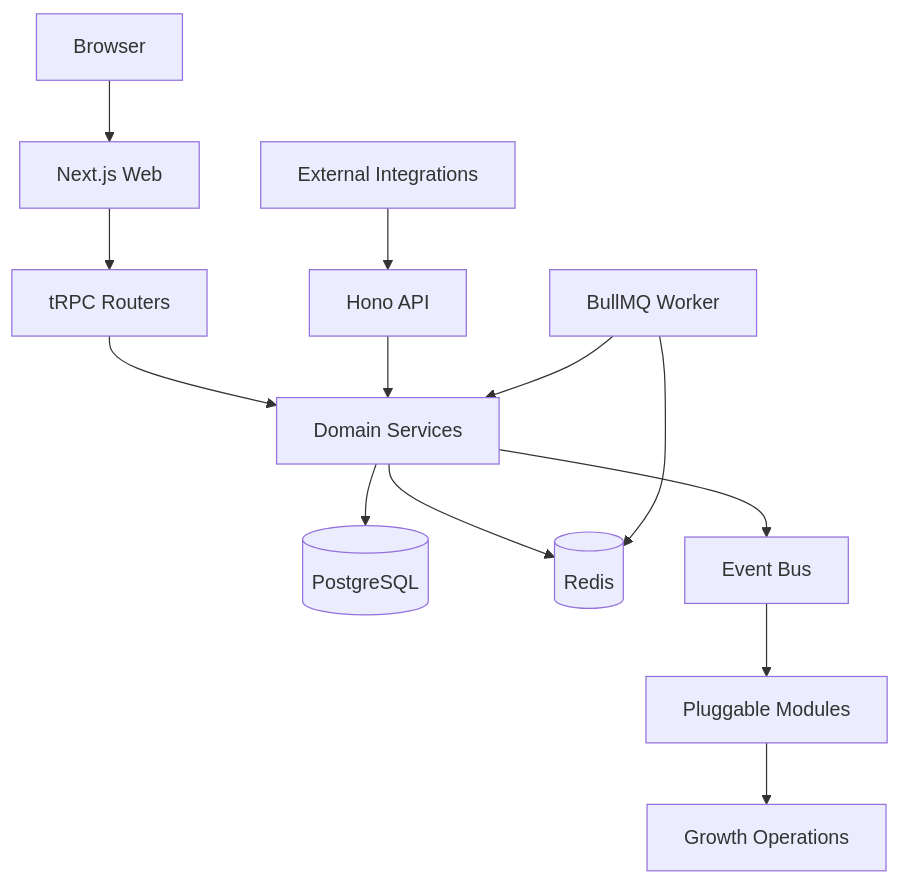
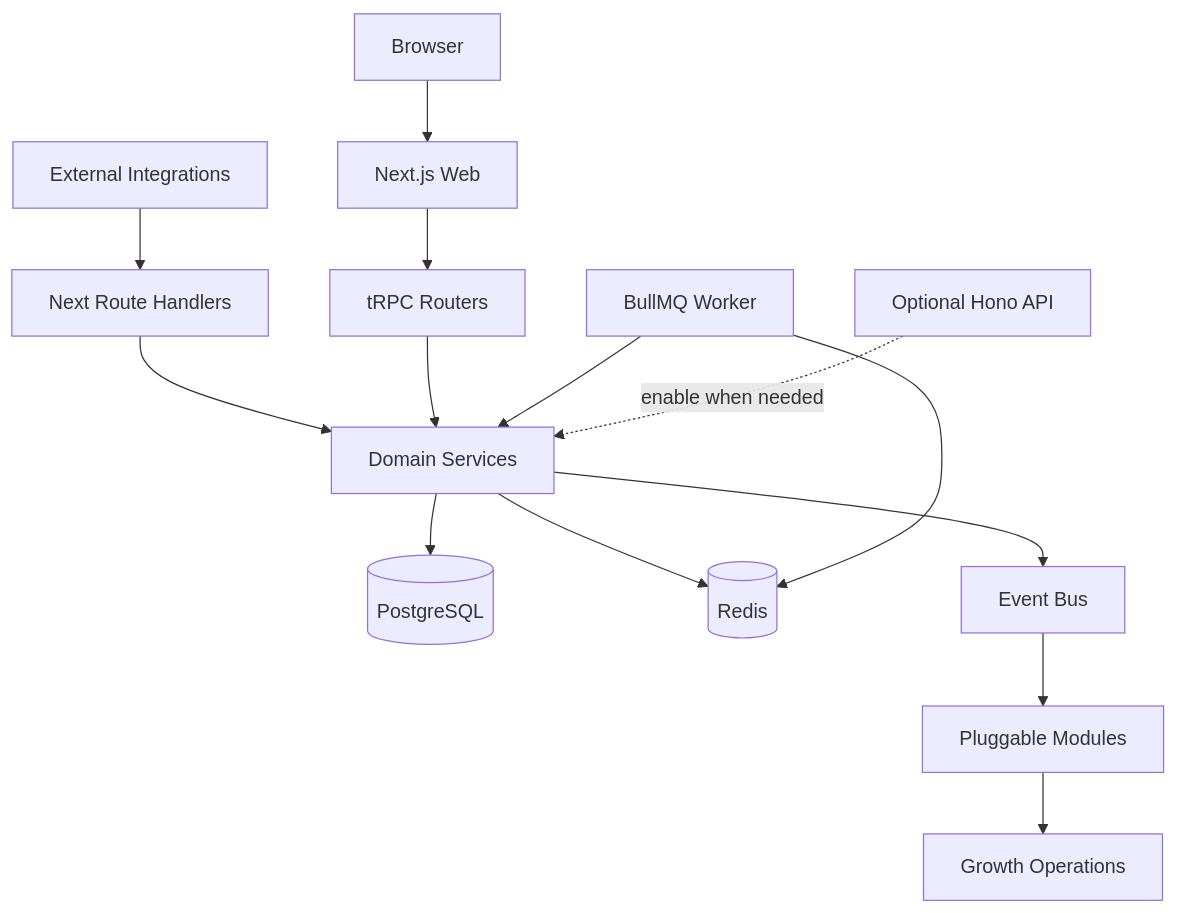
One commit to techfundoffice/velobase-harness changed the first of 2 diagrams in README.md. Above: the diagram before and after it, drawn with Mermaid. The commit also changed other lines of this file and 33 other files, not shown here.

````diff
--- a/README.md
+++ b/README.md
@@ -115,15 +116,16 @@
 ```mermaid
 flowchart TB
   browser[Browser] --> nextApp[Next.js Web]
   nextApp --> trpc[tRPC Routers]
-  external[External Integrations] --> hono[Hono API]
+  external[External Integrations] --> nextRoutes[Next Route Handlers]
+  nextRoutes --> services
   trpc --> services[Domain Services]
-  hono --> services
   services --> db[(PostgreSQL)]
   services --> redis[(Redis)]
   services --> events[Event Bus]
   events --> modules[Pluggable Modules]
   worker[BullMQ Worker] --> redis
   worker --> services
   modules --> growth[Growth Operations]
+  hono[Optional Hono API] -. enable when needed .-> services
 ```
````
